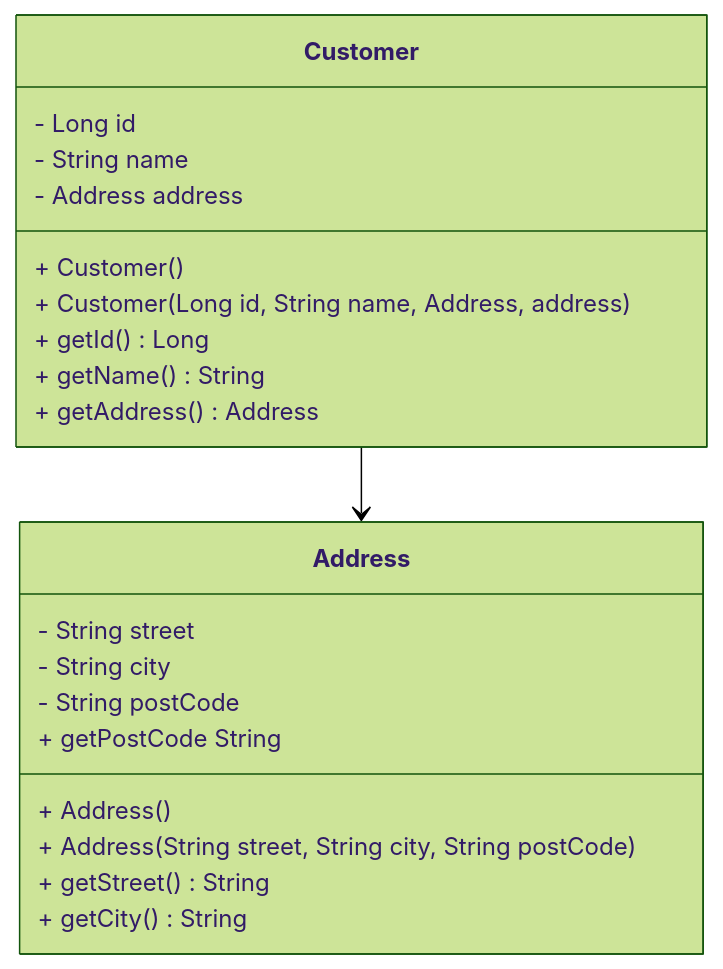
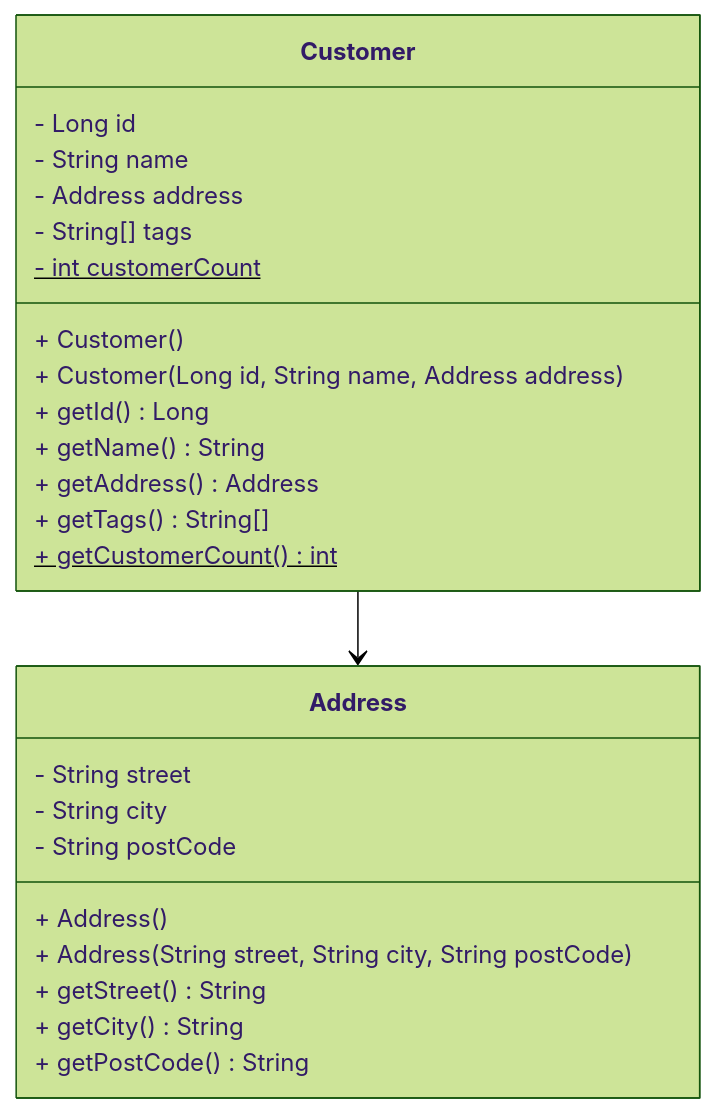
One commit to avatar-terminator/product-api changed the diagram in docs/uml/CustomerAddress.mermaid. Above: the diagram before and after it, drawn with Mermaid (forest theme).

Commit message:
Tutorial 2 : Fix - Syntax errors and added static field and getter for customerCount.

```diff
--- a/docs/uml/CustomerAddress.mermaid
+++ b/docs/uml/CustomerAddress.mermaid
@@ -1,24 +1,28 @@
 classDiagram
     class Customer {
         - Long id
         - String name
         - Address address
+        - String[] tags
+        - int customerCount$
         + Customer()
-        + Customer(Long id, String name, Address, address)
+        + Customer(Long id, String name, Address address)
         + getId() Long
         + getName() String
         + getAddress() Address
+        + getTags() String[]
+        + getCustomerCount() int$
     }
 
     class Address {
         - String street
         - String city
         - String postCode
         + Address()
         + Address(String street, String city, String postCode)
         + getStreet() String
         + getCity() String
-        + getPostCode String
+        + getPostCode() String
     }
 
     Customer --> Address
```
